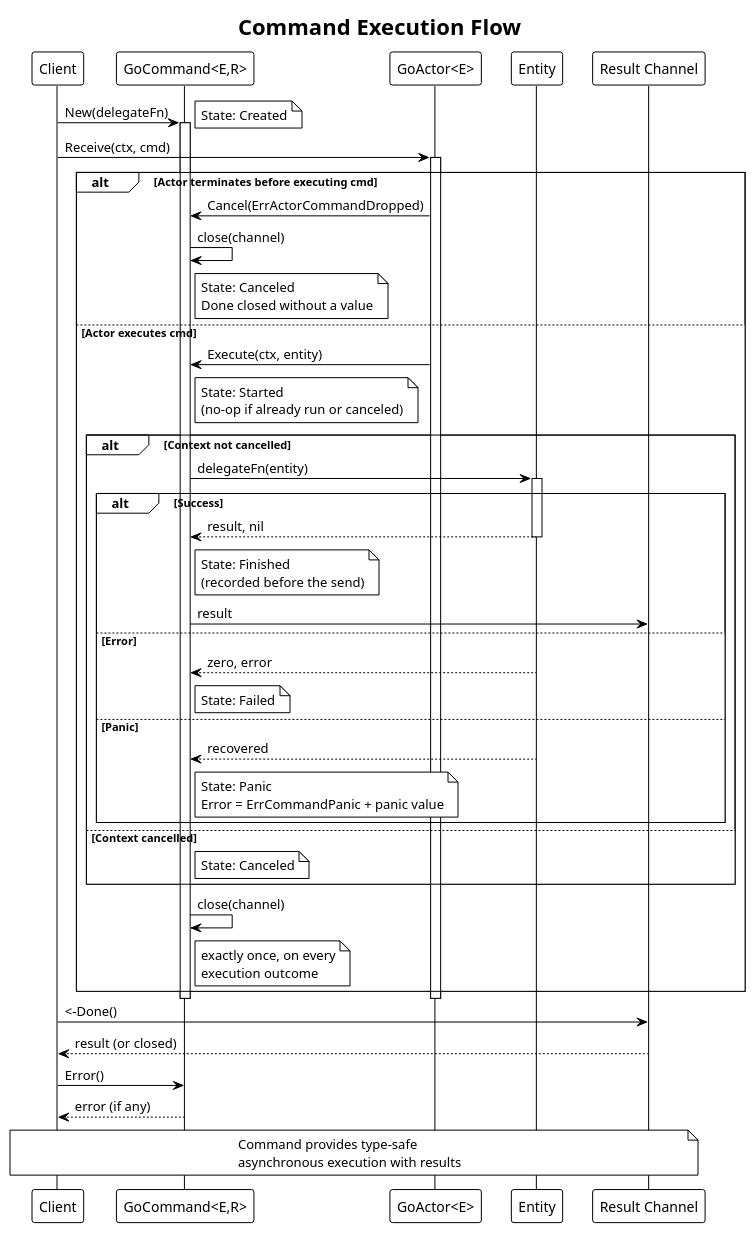
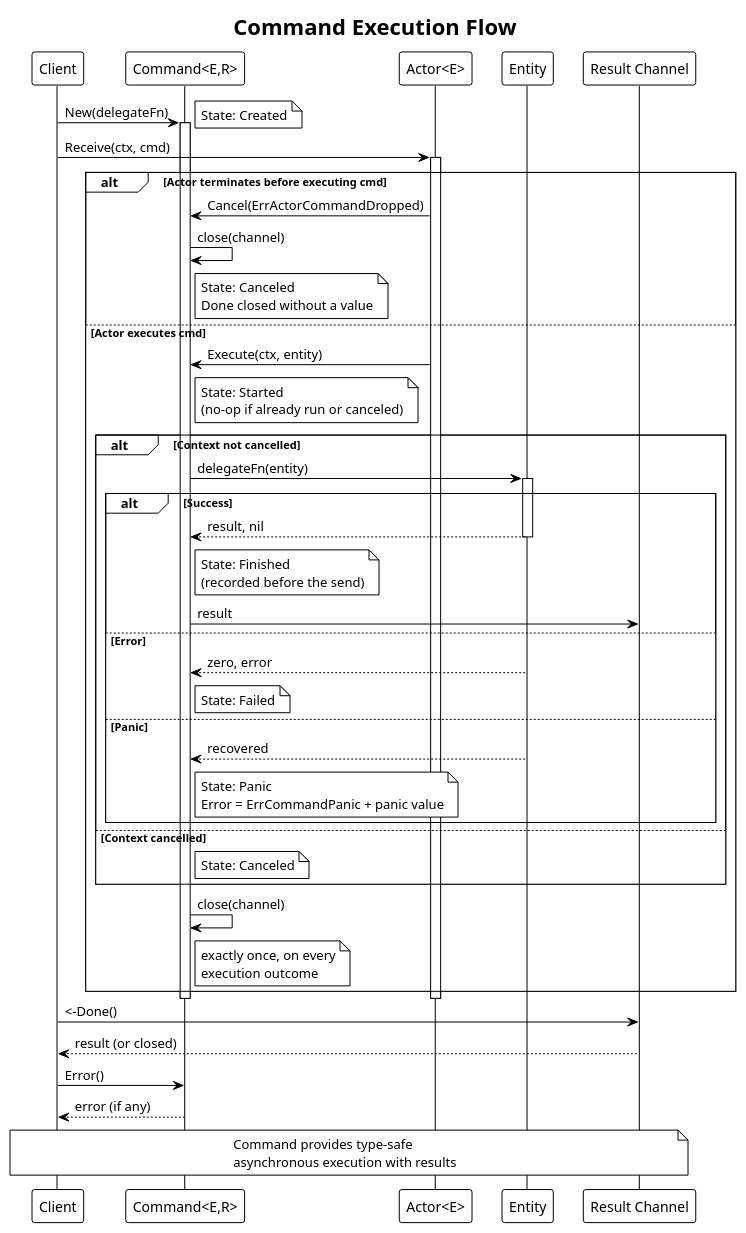
Before and after one commit to barnowlsnest/go-actorlib: the diagram in docs/command-flow.puml, drawn with PlantUML. The commit also changed 54 other files, not shown here.

```diff
--- a/docs/command-flow.puml
+++ b/docs/command-flow.puml
@@ -1,66 +1,66 @@
 @startuml command-flow
 !theme plain
 skinparam backgroundColor #FFFFFF
 
 title Command Execution Flow
 
 participant "Client" as client
-participant "GoCommand<E,R>" as cmd
-participant "GoActor<E>" as actor
+participant "Command<E,R>" as cmd
+participant "Actor<E>" as actor
 participant "Entity" as entity
 participant "Result Channel" as channel
 
 client -> cmd : New(delegateFn)
 activate cmd
 note right : State: Created
 
 client -> actor : Receive(ctx, cmd)
 activate actor
 
 alt Actor terminates before executing cmd
   actor -> cmd : Cancel(ErrActorCommandDropped)
   cmd -> cmd : close(channel)
   note right of cmd : State: Canceled\nDone closed without a value
 else Actor executes cmd
 actor -> cmd : Execute(ctx, entity)
 note right of cmd : State: Started\n(no-op if already run or canceled)
 
 alt Context not cancelled
   cmd -> entity : delegateFn(entity)
   activate entity
   
   alt Success
     entity --> cmd : result, nil
     deactivate entity
     note right of cmd : State: Finished\n(recorded before the send)
     cmd -> channel : result
   else Error
     entity --> cmd : zero, error
     deactivate entity
     note right of cmd : State: Failed
   else Panic
     entity --> cmd : recovered
     deactivate entity
     note right of cmd : State: Panic\nError = ErrCommandPanic + panic value
   end
   
 else Context cancelled
   note right of cmd : State: Canceled
 end
 
 cmd -> cmd : close(channel)
 note right of cmd : exactly once, on every\nexecution outcome
 end
 
 deactivate cmd
 deactivate actor
 
 client -> channel : <-Done()
 channel --> client : result (or closed)
 
 client -> cmd : Error()
 cmd --> client : error (if any)
 
 note over client, channel : Command provides type-safe\nasynchronous execution with results
 
 @enduml
```
